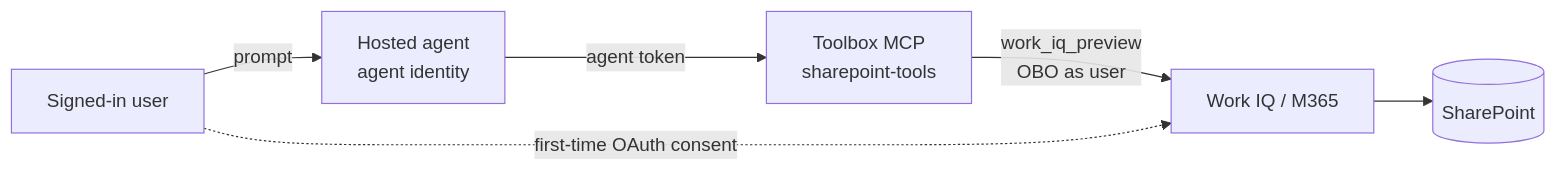
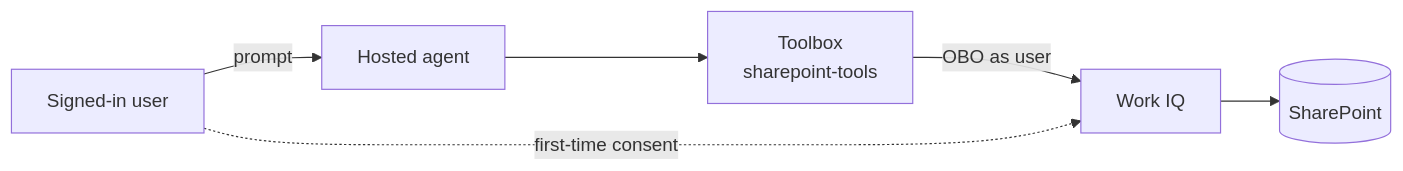
The diagram in foundryagents/hostedagent/sharepoint-agent-workiq/README.md (Heenanl/Foundry_EnterpriseAgents), drawn with Mermaid before and after one commit. The commit also changed other lines of this file and 22 other files, not shown here.

````diff
--- a/foundryagents/hostedagent/sharepoint-agent-workiq/README.md
+++ b/foundryagents/hostedagent/sharepoint-agent-workiq/README.md
@@ -17,7 +9,7 @@
 ```mermaid
 flowchart LR
-    U[Signed-in user] -->|prompt| A[Hosted agent<br/>agent identity]
-    A -->|agent token| TB[Toolbox MCP<br/>sharepoint-tools]
-    TB -->|work_iq_preview<br/>OBO as user| WIQ[Work IQ / M365] --> SP[(SharePoint)]
-    U -.->|first-time OAuth consent| WIQ
+    U[Signed-in user] -->|prompt| A[Hosted agent]
+    A --> TB[Toolbox<br/>sharepoint-tools]
+    TB -->|OBO as user| WIQ[Work IQ] --> SP[(SharePoint)]
+    U -.->|first-time consent| WIQ
 ```
````
